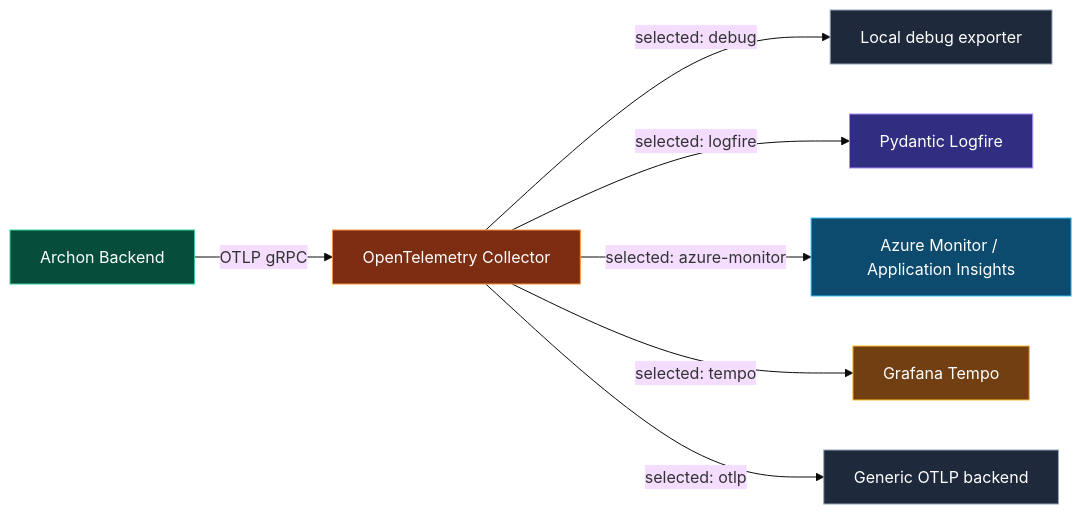
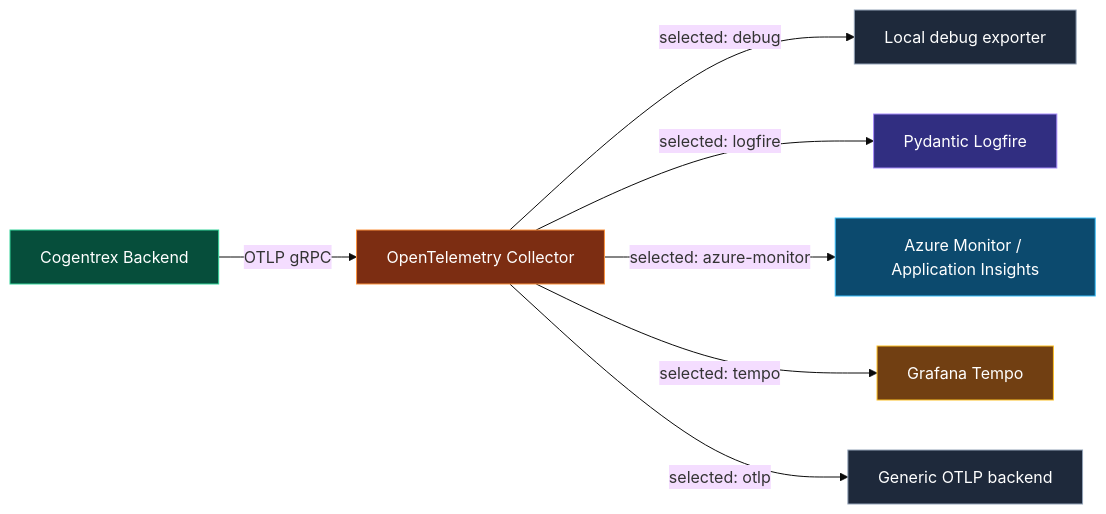
The first of 9 diagrams in .hermes/plans/2026-09-07_145149-vendor-neutral-otel-destination-switching.md (levalencia/archon), drawn with Mermaid (base theme) before and after one commit. The commit also changed other lines of this file and 414 other files, not shown here.

First line of the commit message:
feat: rebrand Archon as Cogentrex

````diff
--- a/.hermes/plans/2026-09-07_145149-vendor-neutral-otel-destination-switching.md
+++ b/.hermes/plans/2026-09-07_145149-vendor-neutral-otel-destination-switching.md
@@ -56,17 +56,17 @@
 ```mermaid
 flowchart LR
-    A[Archon Backend] -->|OTLP gRPC| C[OpenTelemetry Collector]
+    A[Cogentrex Backend] -->|OTLP gRPC| C[OpenTelemetry Collector]
     C -->|selected: debug| D[Local debug exporter]
     C -->|selected: logfire| L[Pydantic Logfire]
     C -->|selected: azure-monitor| Z[Azure Monitor / Application Insights]
     C -->|selected: tempo| T[Grafana Tempo]
     C -->|selected: otlp| O[Generic OTLP backend]
 
     style A fill:#064e3b,stroke:#34d399,color:#fff
     style C fill:#7c2d12,stroke:#fb923c,color:#fff
     style D fill:#1e293b,stroke:#94a3b8,color:#fff
     style L fill:#312e81,stroke:#a78bfa,color:#fff
     style Z fill:#0c4a6e,stroke:#38bdf8,color:#fff
     style T fill:#713f12,stroke:#fbbf24,color:#fff
     style O fill:#1e293b,stroke:#94a3b8,color:#fff
 ```
````
